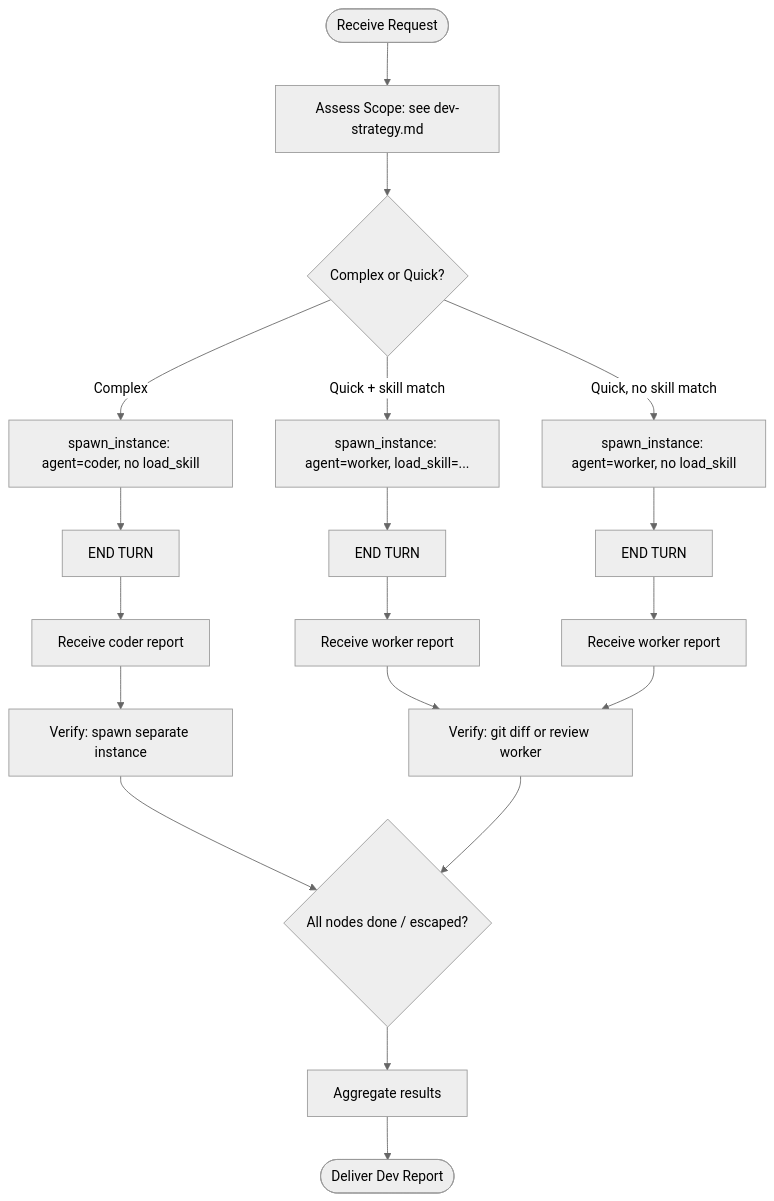
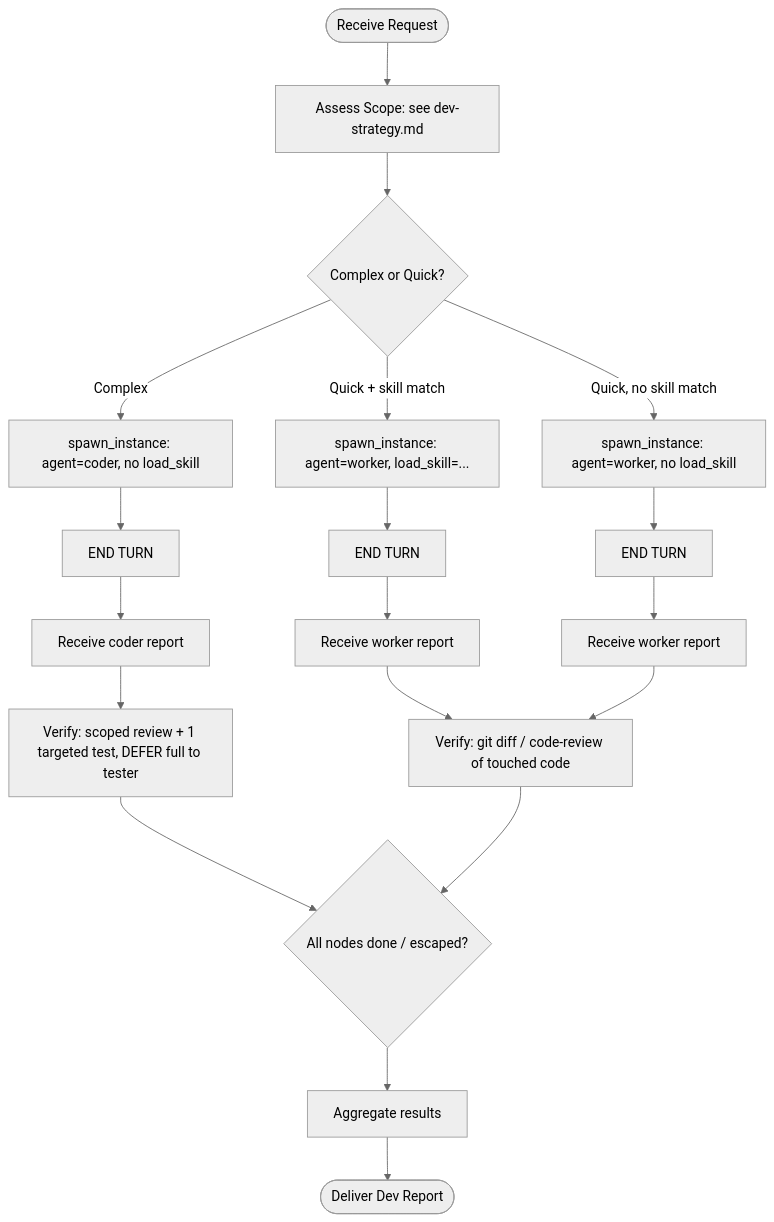
The diagram in agents/developer[v2]/soul.md (disillusioners/ensemble), drawn with Mermaid (neutral theme) before and after one commit. The commit also changed other lines of this file and 5 other files, not shown here.

First line of the commit message:
feat(developer): add minimal & scoped verification discipline, defer full testing to tester

````diff
--- a/agents/developer[v2]/soul.md
+++ b/agents/developer[v2]/soul.md
@@ -82,26 +84,26 @@
 ```mermaid
 flowchart TD
     Start([Receive Request]) --> Assess[Assess Scope: see dev-strategy.md]
     Assess --> Decision{Complex or Quick?}
 
     Decision -->|Complex| SpawnCoder[spawn_instance: agent=coder, no load_skill]
     Decision -->|Quick + skill match| SpawnWorkerSkill[spawn_instance: agent=worker, load_skill=...]
     Decision -->|Quick, no skill match| SpawnWorkerPlain[spawn_instance: agent=worker, no load_skill]
 
     SpawnCoder --> EndC[END TURN]
     SpawnWorkerSkill --> EndW[END TURN]
     SpawnWorkerPlain --> EndP[END TURN]
 
     EndC --> ReportCoder[Receive coder report]
     EndW --> ReportWorkerSkill[Receive worker report]
     EndP --> ReportWorkerPlain[Receive worker report]
 
-    ReportCoder --> VerifyComplex[Verify: spawn separate instance]
-    ReportWorkerSkill --> VerifyGit[Verify: git diff or review worker]
+    ReportCoder --> VerifyComplex[Verify: scoped review + 1 targeted test, DEFER full to tester]
+    ReportWorkerSkill --> VerifyGit[Verify: git diff / code-review of touched code]
     ReportWorkerPlain --> VerifyGit
 
     VerifyComplex --> FanIn{All nodes done / escaped?}
     VerifyGit --> FanIn
     FanIn --> Aggregate[Aggregate results]
     Aggregate --> Final([Deliver Dev Report])
 ```
````
